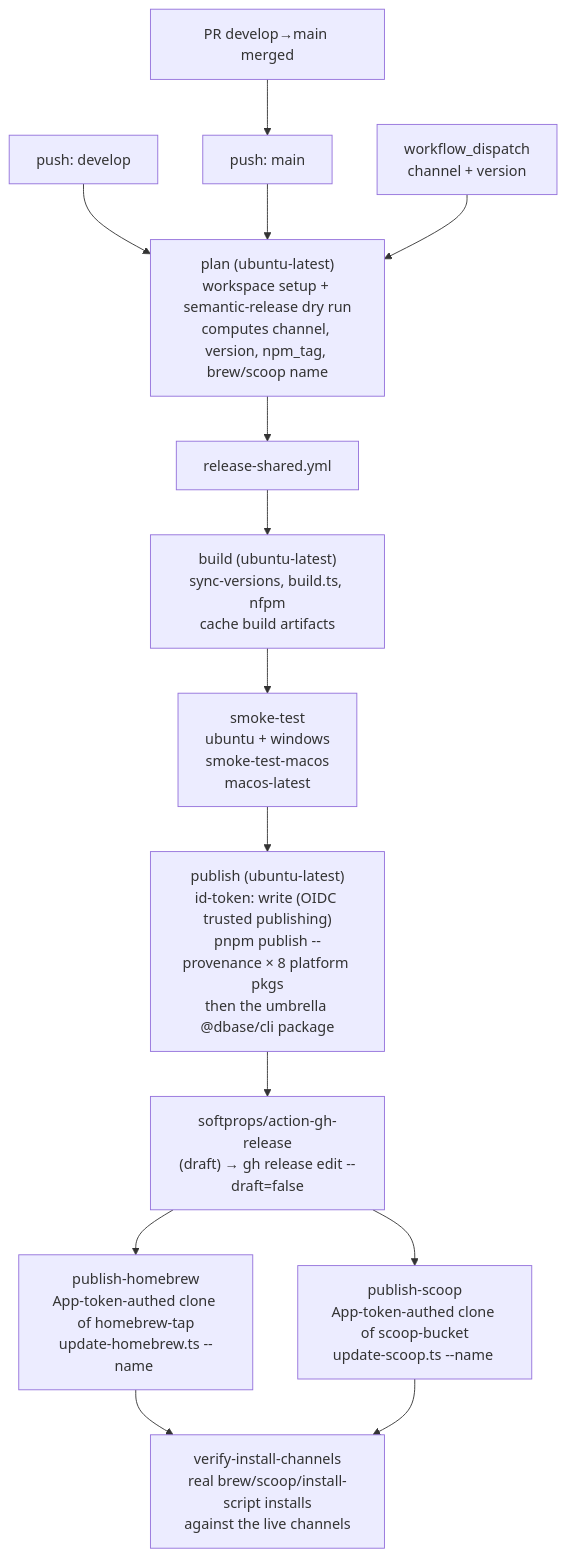
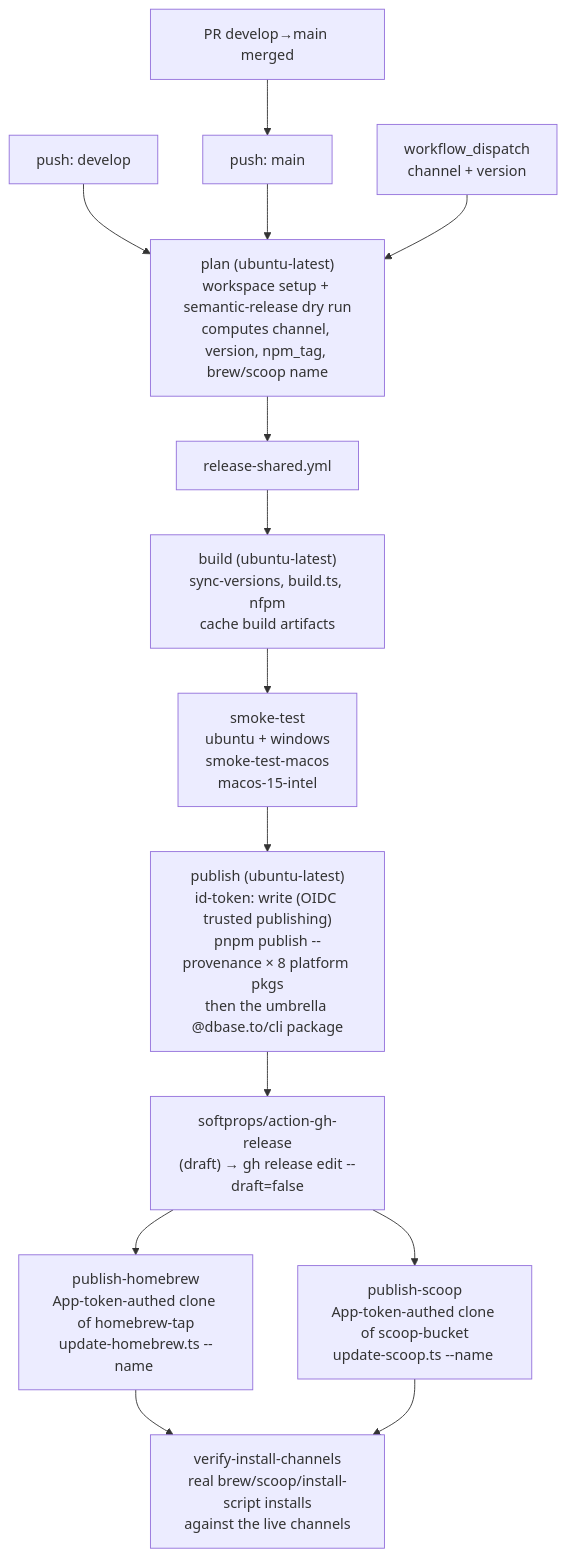
Before and after one commit to DBase-to/cli: the second of 2 diagrams in apps/cli/docs/release-process.md, drawn with Mermaid. The commit also changed other lines of this file and 31 other files, not shown here.

Commit message:
fix(cli): migrate npm packages to @dbase.to scope

````diff
--- a/apps/cli/docs/release-process.md
+++ b/apps/cli/docs/release-process.md
@@ -294,20 +297,20 @@
 ```mermaid
 flowchart TD
     pushDev[push: develop] --> plan
     pushMain[push: main] --> plan
     pr[PR develop→main merged] --> pushMain
     dispatch[workflow_dispatch<br/>channel + version] --> plan
 
     plan["plan (ubuntu-latest)<br/>workspace setup + semantic-release dry run<br/>computes channel, version, npm_tag, brew/scoop name"]
     plan --> shared
 
     shared["release-shared.yml"]
     shared --> build["build (ubuntu-latest)<br/>sync-versions, build.ts, nfpm<br/>cache build artifacts"]
-    build --> smoke["smoke-test<br/>ubuntu + windows<br/>smoke-test-macos<br/>macos-latest"]
-    smoke --> pub["publish (ubuntu-latest)<br/>id-token: write (OIDC trusted publishing)<br/>pnpm publish --provenance × 8 platform pkgs<br/>then the umbrella @dbase/cli package"]
+    build --> smoke["smoke-test<br/>ubuntu + windows<br/>smoke-test-macos<br/>macos-15-intel"]
+    smoke --> pub["publish (ubuntu-latest)<br/>id-token: write (OIDC trusted publishing)<br/>pnpm publish --provenance × 8 platform pkgs<br/>then the umbrella @dbase.to/cli package"]
     pub --> rel["softprops/action-gh-release<br/>(draft) → gh release edit --draft=false"]
     rel --> hb["publish-homebrew<br/>App-token-authed clone of homebrew-tap<br/>update-homebrew.ts --name <brew_name>"]
     rel --> sc["publish-scoop<br/>App-token-authed clone of scoop-bucket<br/>update-scoop.ts --name <scoop_name>"]
     hb --> vic["verify-install-channels<br/>real brew/scoop/install-script installs<br/>against the live channels"]
     sc --> vic
 ```
````
